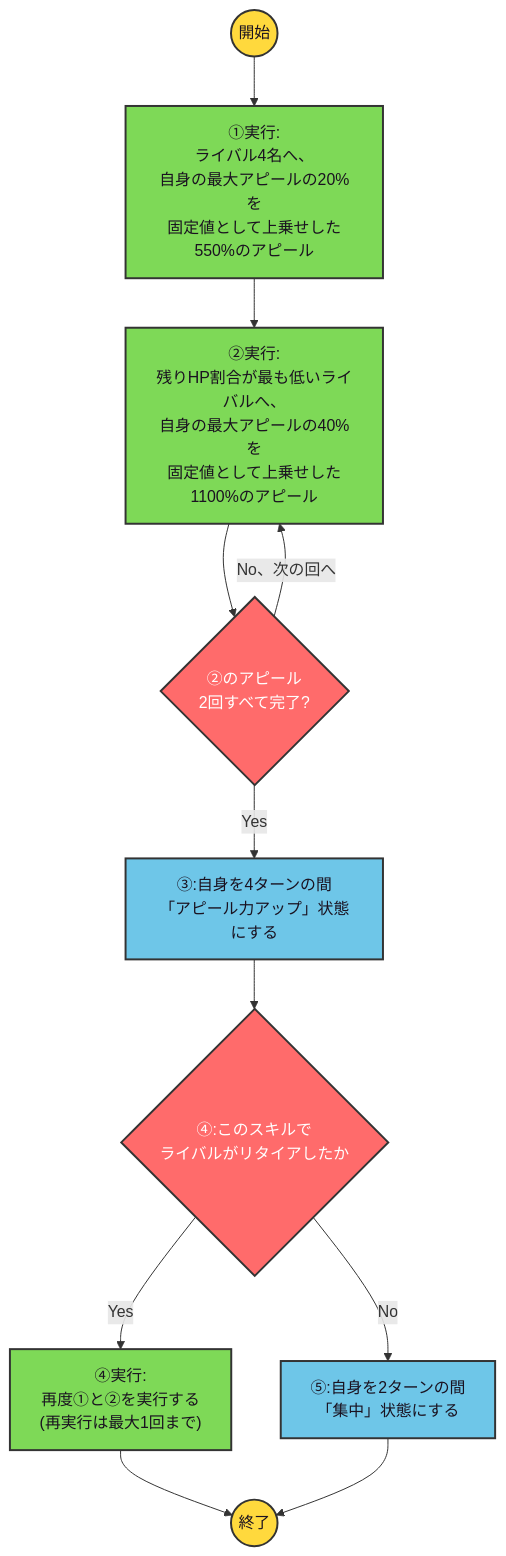
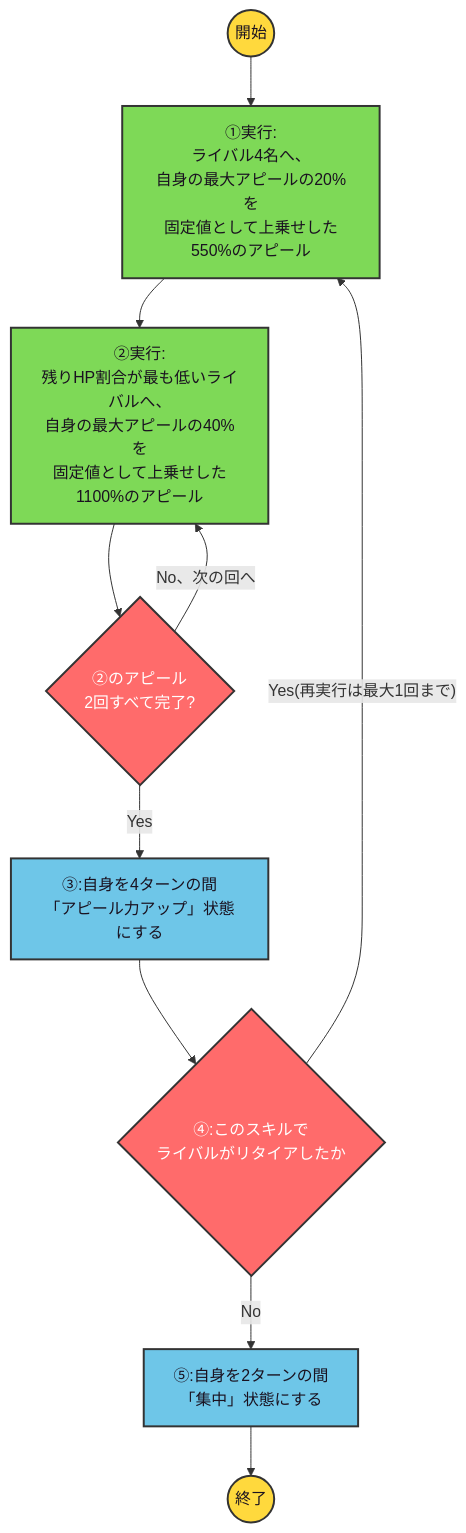
One commit to ryomochi0918/nogifra-characters changed the diagram in data/nakamura_reno/sabitacompass_skill1.mmd. Above: the diagram before and after it, drawn with Mermaid. The commit also changed 20 other files, not shown here.

```diff
--- a/data/nakamura_reno/sabitacompass_skill1.mmd
+++ b/data/nakamura_reno/sabitacompass_skill1.mmd
@@ -1,14 +1,14 @@
 flowchart TD
     classDef startend fill:#FFD93D,stroke:#333,stroke-width:2px,color:#1a1220;
     classDef cond fill:#FF6B6B,stroke:#333,stroke-width:2px,color:#ffffff;
     classDef effect fill:#6EC6E8,stroke:#333,stroke-width:2px,color:#1a1220;
     classDef action fill:#7ED957,stroke:#333,stroke-width:2px,color:#1a1220;
 
     start(("開始")):::startend --> a1["①実行:<br/>ライバル4名へ、<br/>自身の最大アピールの20%を<br/>固定値として上乗せした<br/>550%のアピール"]:::action
     a1 --> a2["②実行:<br/>残りHP割合が最も低いライバルへ、<br/>自身の最大アピールの40%を<br/>固定値として上乗せした<br/>1100%のアピール"]:::action
     a2 --> l2{"②のアピール<br/>2回すべて完了?"}:::cond
     l2 -->|"No、次の回へ"| a2
     l2 -->|"Yes"| e3["③:自身を4ターンの間<br/>「アピール力アップ」状態にする"]:::effect
     e3 --> c4{"④:このスキルで<br/>ライバルがリタイアしたか"}:::cond
-    c4 -->|"Yes"| a4["④実行:<br/>再度①と②を実行する<br/>(再実行は最大1回まで)"]:::action --> finish(("終了")):::startend
-    c4 -->|"No"| e5["⑤:自身を2ターンの間<br/>「集中」状態にする"]:::effect --> finish
+    c4 -->|"Yes(再実行は最大1回まで)"| a1
+    c4 -->|"No"| e5["⑤:自身を2ターンの間<br/>「集中」状態にする"]:::effect --> finish(("終了")):::startend
```
